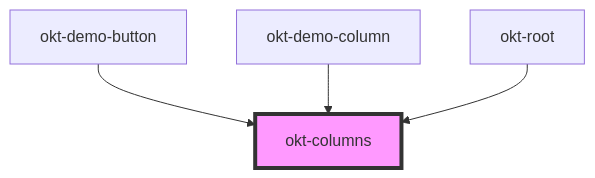
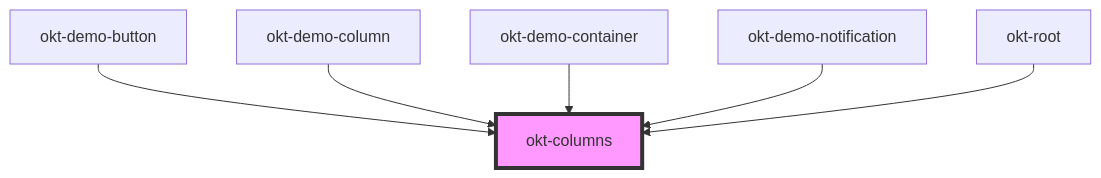
The diagram in src/components/columns/readme.md (oktopusdgtl/bulma-components), drawn with Mermaid before and after one commit. The commit also changed other lines of this file and 22 other files, not shown here.

````diff
--- a/src/components/columns/readme.md
+++ b/src/components/columns/readme.md
@@ -35,7 +37,9 @@
 ```mermaid
 graph TD;
   okt-demo-button --> okt-columns
   okt-demo-column --> okt-columns
+  okt-demo-container --> okt-columns
+  okt-demo-notification --> okt-columns
   okt-root --> okt-columns
   style okt-columns fill:#f9f,stroke:#333,stroke-width:4px
 ```
````
